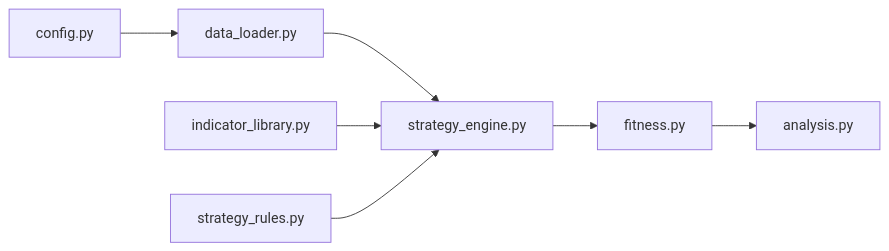
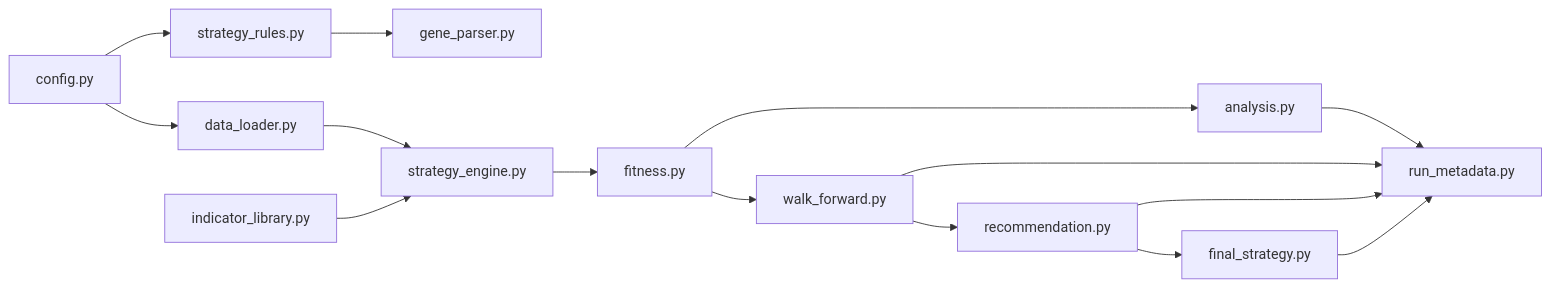
One commit to ctp5717/Gen_Algo changed the diagram in docs/architecture.md. Above: the diagram before and after it, drawn with Mermaid. The commit also changed other lines of this file and 5 other files, not shown here.

````diff
--- a/docs/architecture.md
+++ b/docs/architecture.md
@@ -7,9 +9,17 @@
 ```mermaid
 graph LR
-    config.py --> data_loader.py
-    data_loader.py --> strategy_engine.py
-    indicator_library.py --> strategy_engine.py
-    strategy_rules.py --> strategy_engine.py
-    strategy_engine.py --> fitness.py
-    fitness.py --> analysis.py
+    config[config.py] --> data_loader[data_loader.py]
+    config --> strategy_rules[strategy_rules.py]
+    strategy_rules --> gene_parser[gene_parser.py]
+    data_loader --> strategy_engine[strategy_engine.py]
+    indicator_library[indicator_library.py] --> strategy_engine
+    strategy_engine --> fitness[fitness.py]
+    fitness --> analysis[analysis.py]
+    fitness --> walk_forward[walk_forward.py]
+    walk_forward --> recommendation[recommendation.py]
+    recommendation --> final_strategy[final_strategy.py]
+    analysis --> run_metadata[run_metadata.py]
+    walk_forward --> run_metadata
+    recommendation --> run_metadata
+    final_strategy --> run_metadata
 ```
````
